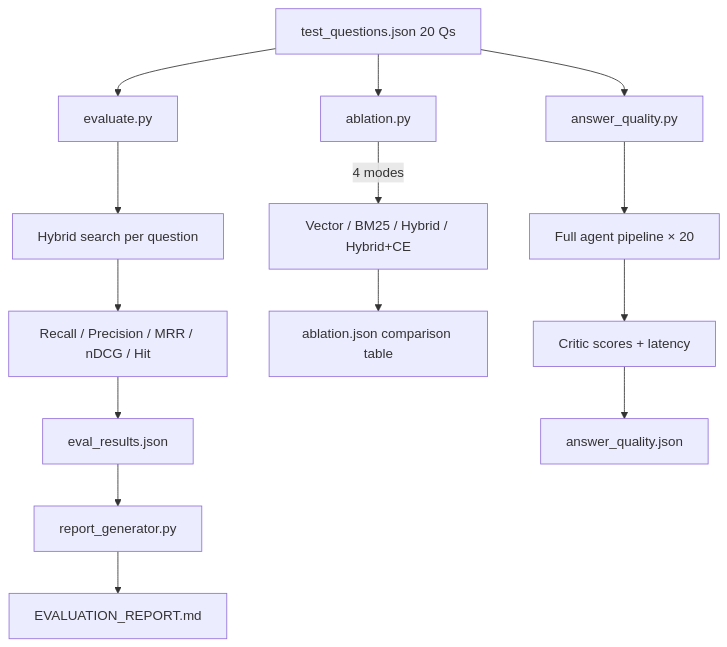
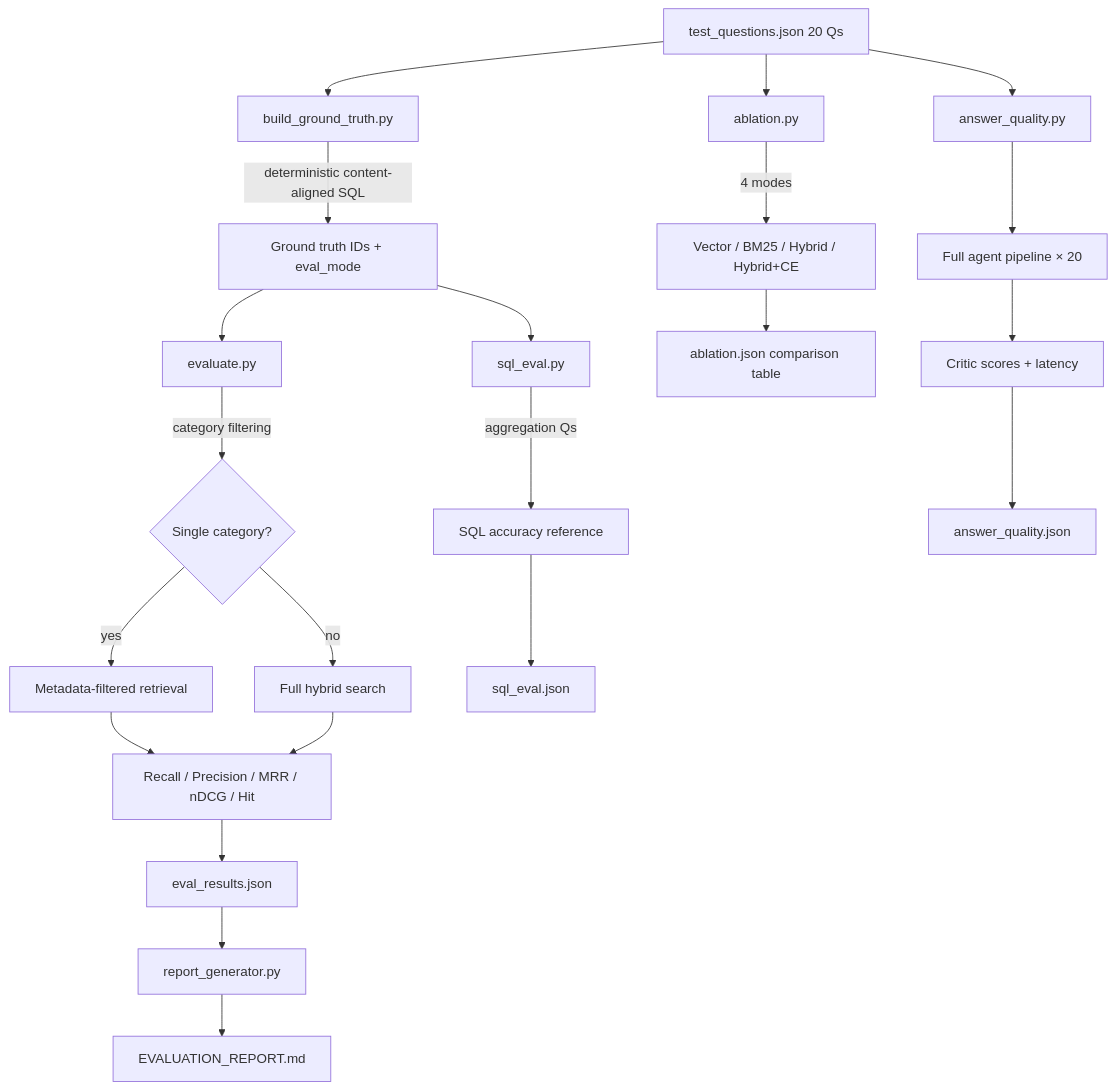
Before and after one commit to reethj-07/LargeDS_QnA: the fifth of 5 diagrams in ANY_OTHER_DIAGRAMS.md, drawn with Mermaid. The commit also changed 18 other files, not shown here.

````diff
--- a/ANY_OTHER_DIAGRAMS.md
+++ b/ANY_OTHER_DIAGRAMS.md
@@ -116,18 +116,27 @@
 ```mermaid
 flowchart TD
-    TQ[test_questions.json 20 Qs] --> EV[evaluate.py]
-    EV --> HS[Hybrid search per question]
-    HS --> MET[Recall / Precision / MRR / nDCG / Hit]
+    TQ[test_questions.json 20 Qs] --> BGT[build_ground_truth.py]
+    BGT --> |deterministic content-aligned SQL| GT[Ground truth IDs + eval_mode]
+    GT --> EV[evaluate.py]
+    EV --> |category filtering| CF{Single category?}
+    CF -->|yes| MF[Metadata-filtered retrieval]
+    CF -->|no| HS[Full hybrid search]
+    MF --> MET[Recall / Precision / MRR / nDCG / Hit]
+    HS --> MET
     MET --> RES[eval_results.json]
     RES --> RG[report_generator.py]
     RG --> MD[EVALUATION_REPORT.md]
 
     TQ --> AB[ablation.py]
     AB --> |4 modes| COMP[Vector / BM25 / Hybrid / Hybrid+CE]
     COMP --> ABR[ablation.json comparison table]
 
     TQ --> AQ[answer_quality.py]
     AQ --> PIPE[Full agent pipeline × 20]
     PIPE --> CRI[Critic scores + latency]
     CRI --> AQR[answer_quality.json]
+
+    GT --> SE[sql_eval.py]
+    SE --> |aggregation Qs| SQL[SQL accuracy reference]
+    SQL --> SER[sql_eval.json]
 ```
````
